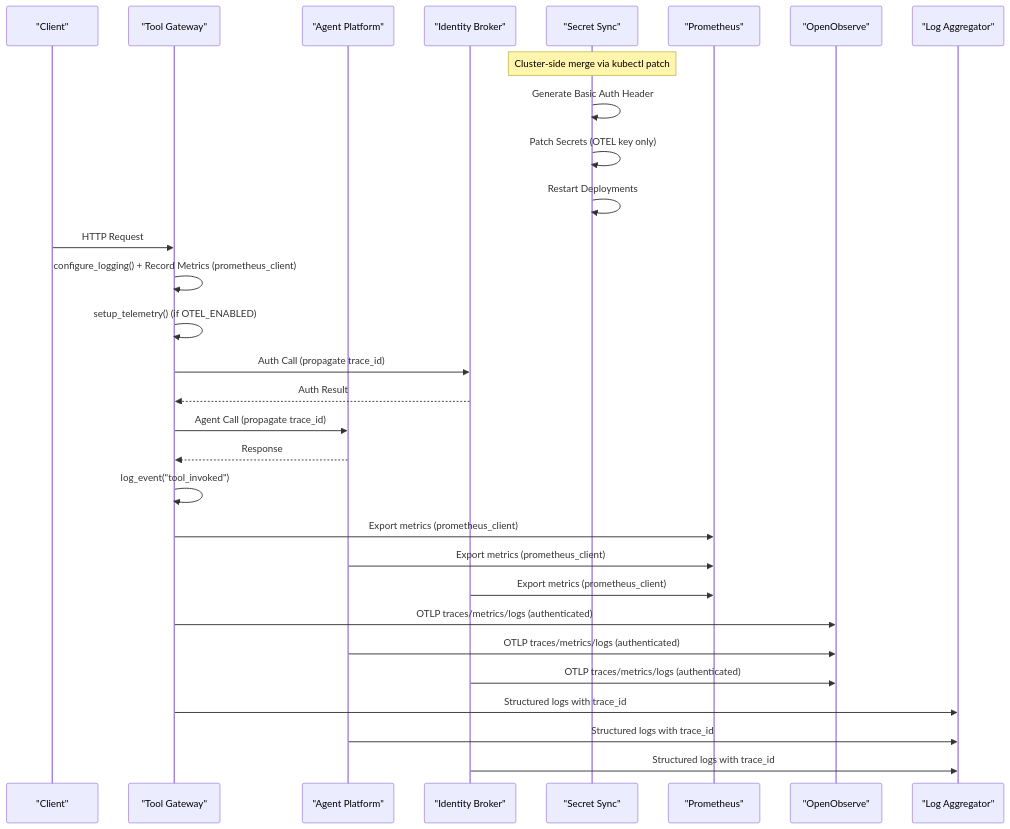
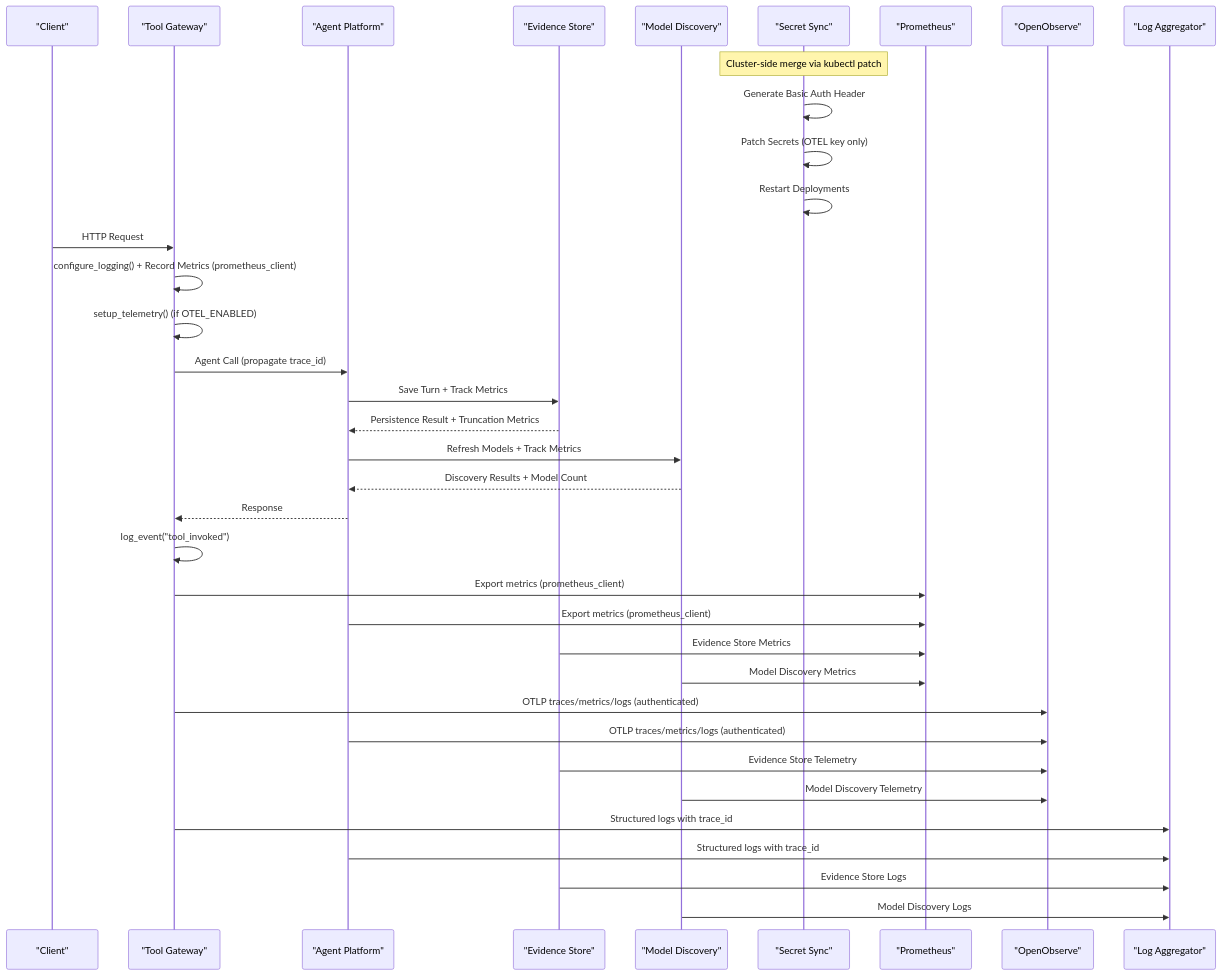
Before and after one commit to metasync/luban-aiops: the second of 12 diagrams in .qoder/repowiki/en/content/Monitoring and Observability/Monitoring and Observability.md, drawn with Mermaid. The commit also changed other lines of this file and 7 other files, not shown here.

````diff
--- a/.qoder/repowiki/en/content/Monitoring and Observability/Monitoring and Observability.md
+++ b/.qoder/repowiki/en/content/Monitoring and Observability/Monitoring and Observability.md
@@ -164,32 +184,38 @@
 ```mermaid
 sequenceDiagram
 participant Client as "Client"
 participant Gateway as "Tool Gateway"
 participant Agent as "Agent Platform"
-participant Identity as "Identity Broker"
+participant EvidenceStore as "Evidence Store"
+participant ModelDiscovery as "Model Discovery"
 participant SecretSync as "Secret Sync"
 participant Prometheus as "Prometheus"
 participant OpenObserve as "OpenObserve"
 participant Logger as "Log Aggregator"
 Note over SecretSync : Cluster-side merge via kubectl patch
 SecretSync->>SecretSync : Generate Basic Auth Header
 SecretSync->>SecretSync : Patch Secrets (OTEL key only)
 SecretSync->>SecretSync : Restart Deployments
 Client->>Gateway : HTTP Request
 Gateway->>Gateway : configure_logging() + Record Metrics (prometheus_client)
 Gateway->>Gateway : setup_telemetry() (if OTEL_ENABLED)
-Gateway->>Identity : Auth Call (propagate trace_id)
-Identity-->>Gateway : Auth Result
 Gateway->>Agent : Agent Call (propagate trace_id)
+Agent->>EvidenceStore : Save Turn + Track Metrics
+EvidenceStore-->>Agent : Persistence Result + Truncation Metrics
+Agent->>ModelDiscovery : Refresh Models + Track Metrics
+ModelDiscovery-->>Agent : Discovery Results + Model Count
 Agent-->>Gateway : Response
 Gateway->>Gateway : log_event("tool_invoked")
 Gateway->>Prometheus : Export metrics (prometheus_client)
 Agent->>Prometheus : Export metrics (prometheus_client)
-Identity->>Prometheus : Export metrics (prometheus_client)
+EvidenceStore->>Prometheus : Evidence Store Metrics
+ModelDiscovery->>Prometheus : Model Discovery Metrics
 Gateway->>OpenObserve : OTLP traces/metrics/logs (authenticated)
 Agent->>OpenObserve : OTLP traces/metrics/logs (authenticated)
-Identity->>OpenObserve : OTLP traces/metrics/logs (authenticated)
+EvidenceStore->>OpenObserve : Evidence Store Telemetry
+ModelDiscovery->>OpenObserve : Model Discovery Telemetry
 Gateway->>Logger : Structured logs with trace_id
 Agent->>Logger : Structured logs with trace_id
-Identity->>Logger : Structured logs with trace_id
+EvidenceStore->>Logger : Evidence Store Logs
+ModelDiscovery->>Logger : Model Discovery Logs
 ```
````
